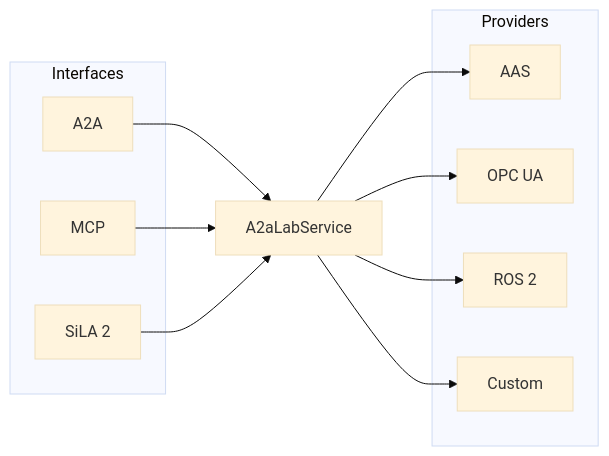
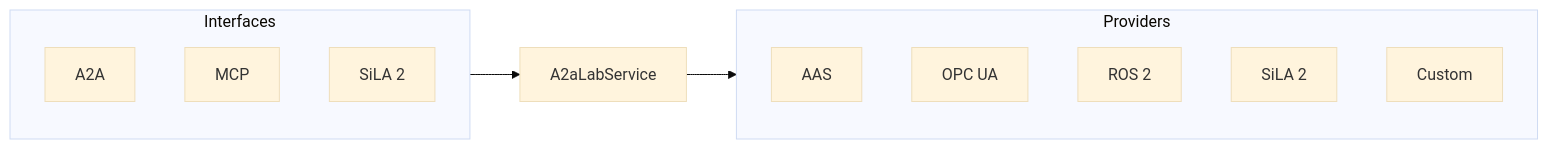
One commit to A3Analytics/a2a-lab-dev-kit-rs changed the diagram in README.md. Above: the diagram before and after it, drawn with Mermaid (base theme). The commit also changed other lines of this file and 48 other files, not shown here.

````diff
--- a/README.md
+++ b/README.md
@@ -21,24 +22,20 @@
 ```mermaid
 flowchart LR
   accTitle: A2A-LAB devkit
-  accDescr: A2A, MCP, and SiLA 2 are interfaces to A2aLabService. A2aLabService uses AAS, OPC UA, ROS 2, and Custom as providers.
+  accDescr: A2A, MCP, and SiLA 2 call A2aLabService. A2aLabService uses AAS, OPC UA, ROS 2, SiLA 2, and Custom.
   subgraph interfaces [Interfaces]
     a2a["A2A"]
     mcp["MCP"]
     sila["SiLA 2"]
   end
   lab["A2aLabService"]
   subgraph providers [Providers]
     aas["AAS"]
     opc["OPC UA"]
     ros["ROS 2"]
+    silaProvider["SiLA 2"]
     custom["Custom"]
   end
-  a2a --> lab
-  mcp --> lab
-  sila --> lab
-  lab --> aas
-  lab --> opc
-  lab --> ros
-  lab --> custom
+  interfaces --> lab
+  lab --> providers
 ```
````
